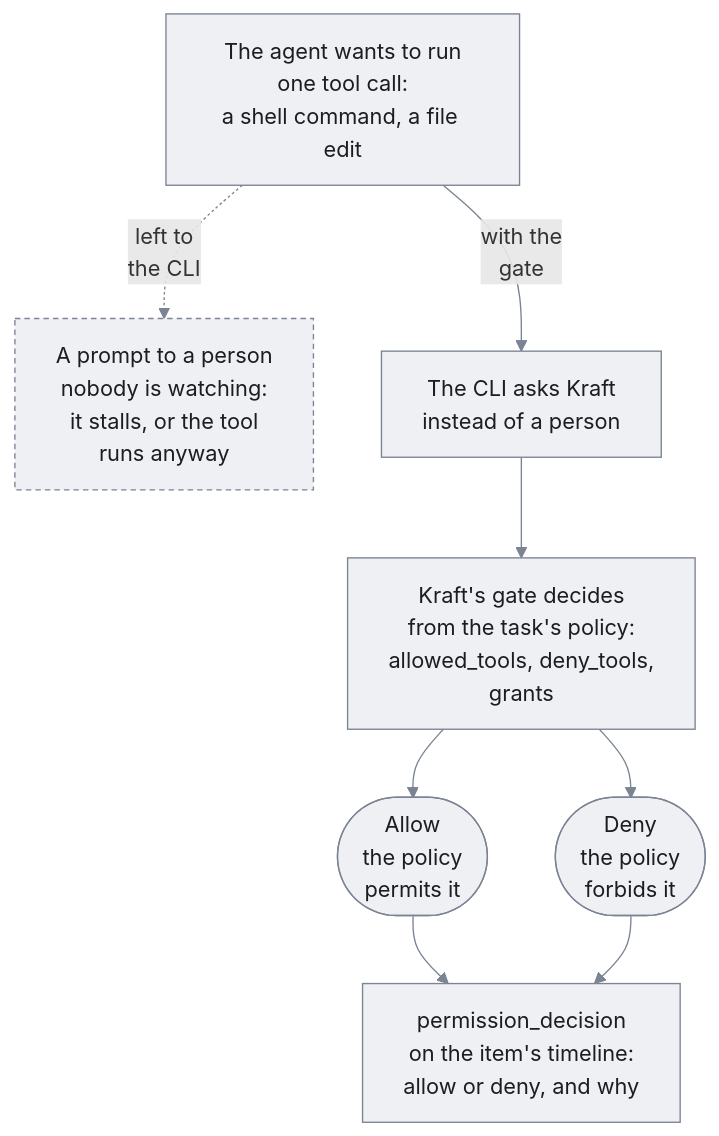
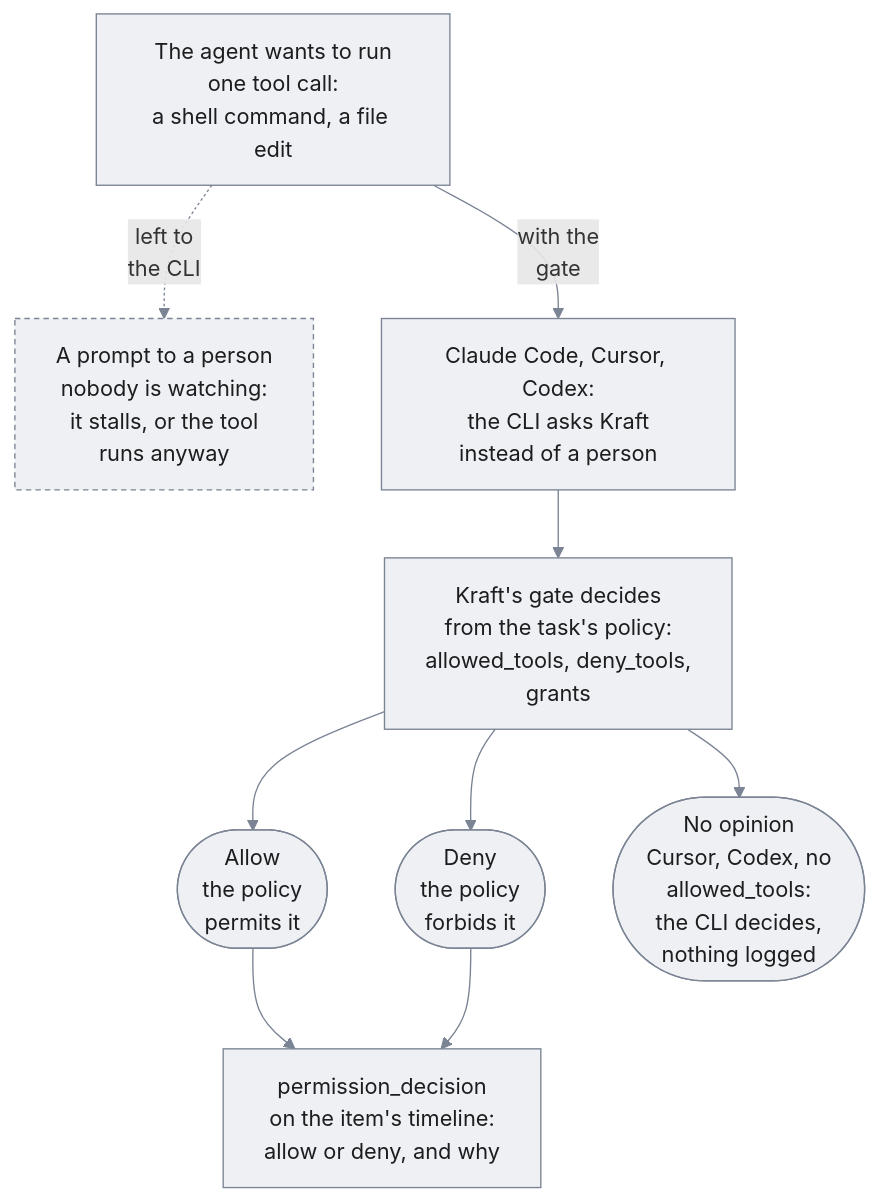
Before and after one commit to itsOmidKarami/kraft: the diagram in docsite/diagrams/portrait/permission-gate.mmd, drawn with Mermaid. The commit also changed 12 other files, not shown here.

Commit message:
Docs pictures: recipe commands carry KRAFT_HOME and KRAFT_PORT, the proxy and fix-loop diagrams end where the code does, and the diagrams read at 9.5px on a phone

```diff
--- a/docsite/diagrams/portrait/permission-gate.mmd
+++ b/docsite/diagrams/portrait/permission-gate.mmd
@@ -1,19 +1,21 @@
 flowchart TD
   tool["The agent wants to run<br/>one tool call:<br/>a shell command, a file edit"]
   nobody["A prompt to a person<br/>nobody is watching:<br/>it stalls, or the tool<br/>runs anyway"]
-  ask["The CLI asks Kraft<br/>instead of a person"]
+  ask["Claude Code, Cursor, Codex:<br/>the CLI asks Kraft<br/>instead of a person"]
   gate["Kraft's gate decides<br/>from the task's policy:<br/>allowed_tools, deny_tools,<br/>grants"]
   allow(["Allow<br/>the policy<br/>permits it"])
   deny(["Deny<br/>the policy<br/>forbids it"])
+  none(["No opinion<br/>Cursor, Codex, no<br/>allowed_tools:<br/>the CLI decides,<br/>nothing logged"])
   log["permission_decision<br/>on the item's timeline:<br/>allow or deny, and why"]
 
   tool -.->|"left to<br/>the CLI"| nobody
   tool -->|"with the<br/>gate"| ask --> gate
   gate --> allow --> log
   gate --> deny --> log
+  gate --> none
 
   classDef box fill:#eef0f3,stroke:#7b8494,color:#1d1d1f
   classDef off fill:#eef0f3,stroke:#7b8494,color:#1d1d1f,stroke-dasharray:4 3
-  class tool,ask,gate,allow,deny,log box
+  class tool,ask,gate,allow,deny,none,log box
   class nobody off
   linkStyle default stroke:#7b8494
```
